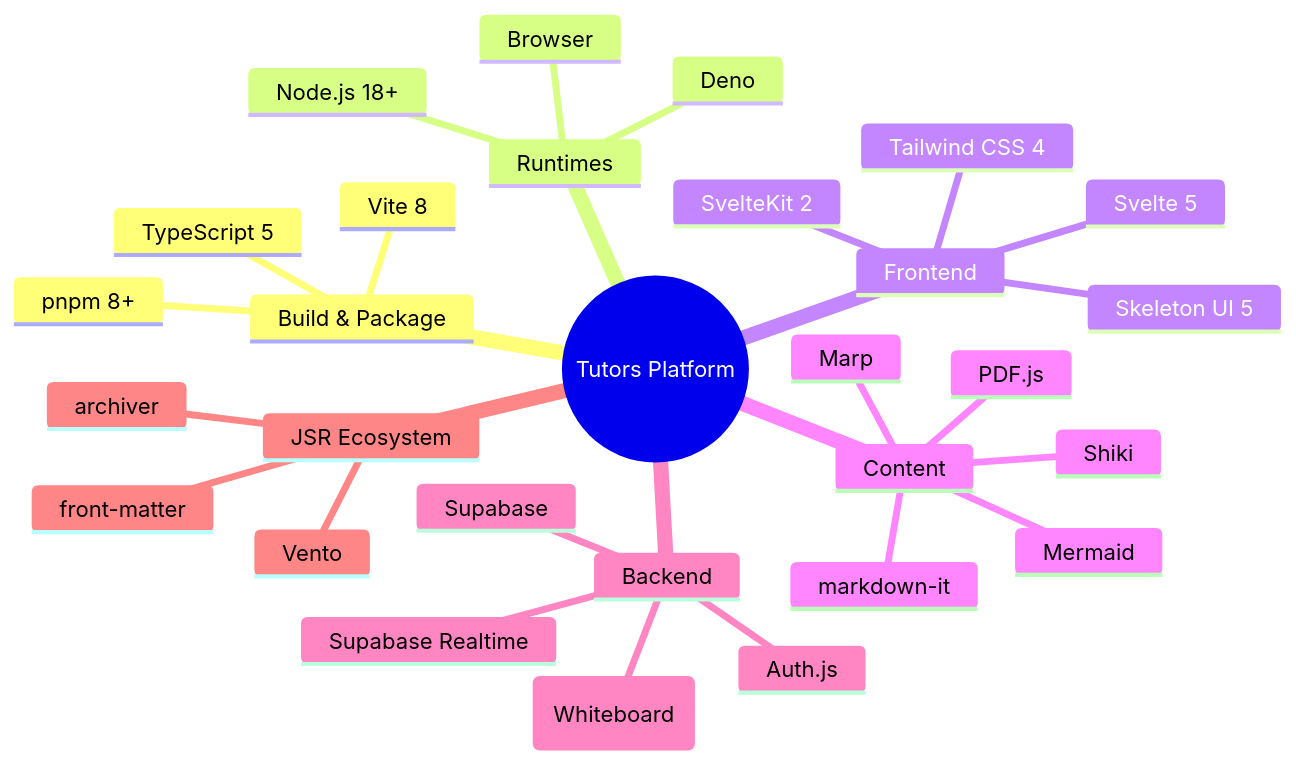
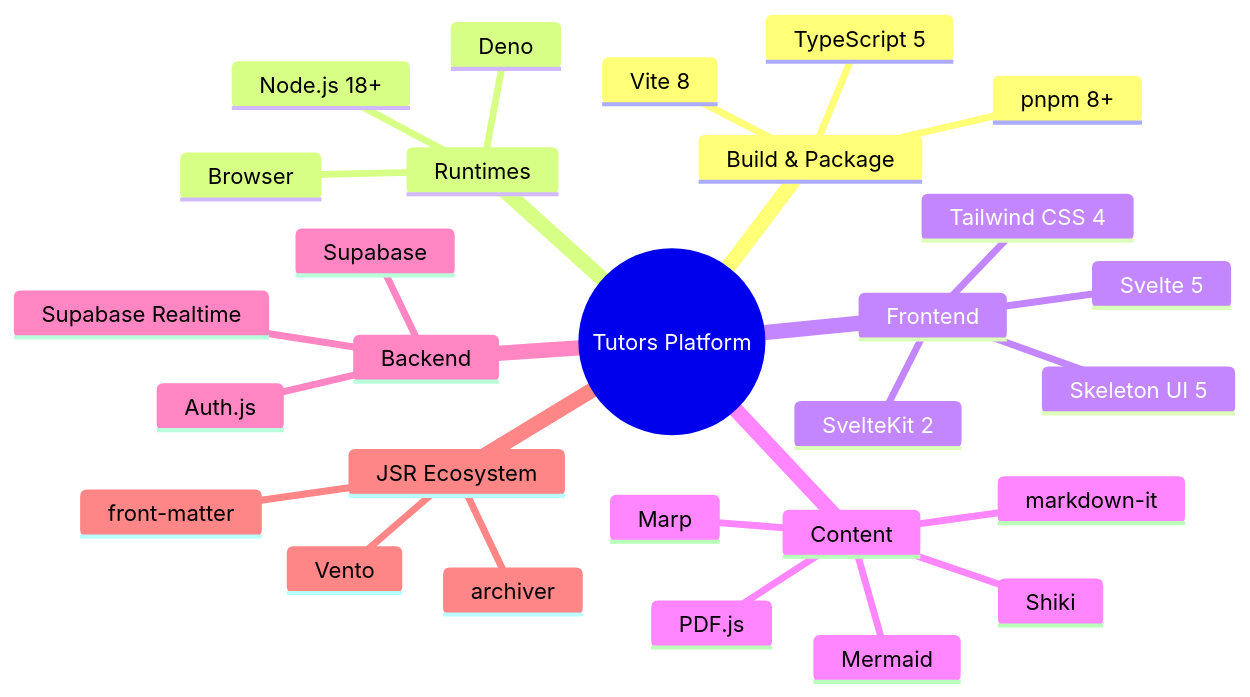
Before and after one commit to tutors-sdk/tutors-reference-manual: the third of 14 diagrams in unit-4-dev/note-architecture/note-architecture.md, drawn with Mermaid. The commit also changed other lines of this file and 2 other files, not shown here.

First line of the commit message:
docs: add a Whiteboards page and correct the PartyKit references

````diff
--- a/unit-4-dev/note-architecture/note-architecture.md
+++ b/unit-4-dev/note-architecture/note-architecture.md
@@ -155,32 +155,31 @@
 ```mermaid
 mindmap
   root((Tutors Platform))
     Build & Package
       pnpm 8+
       Vite 8
       TypeScript 5
     Runtimes
       Deno
       Node.js 18+
       Browser
     Frontend
       Svelte 5
       SvelteKit 2
       Tailwind CSS 4
       Skeleton UI 5
     Content
       markdown-it
       Shiki
       Marp
       Mermaid
       PDF.js
     Backend
       Supabase
       Supabase Realtime
       Auth.js
-      PartyKit (Whiteboard)
     JSR Ecosystem
       Vento
       archiver
       front-matter
 ```
````
